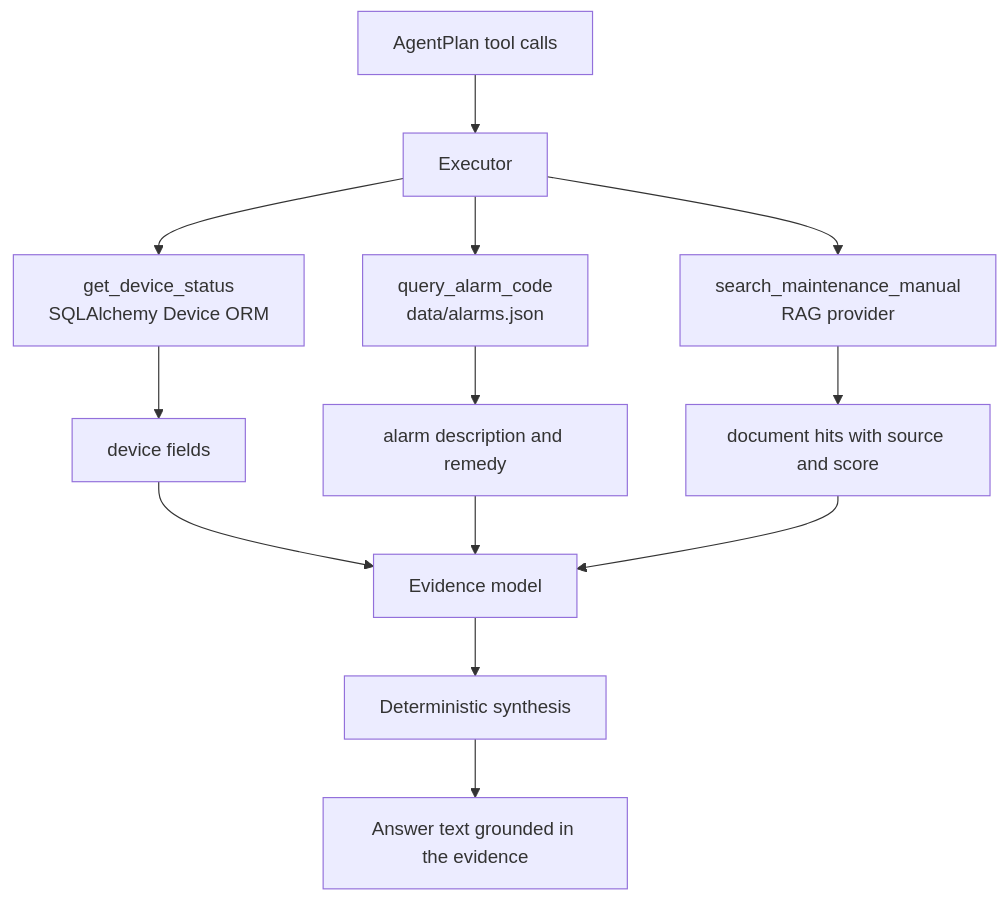
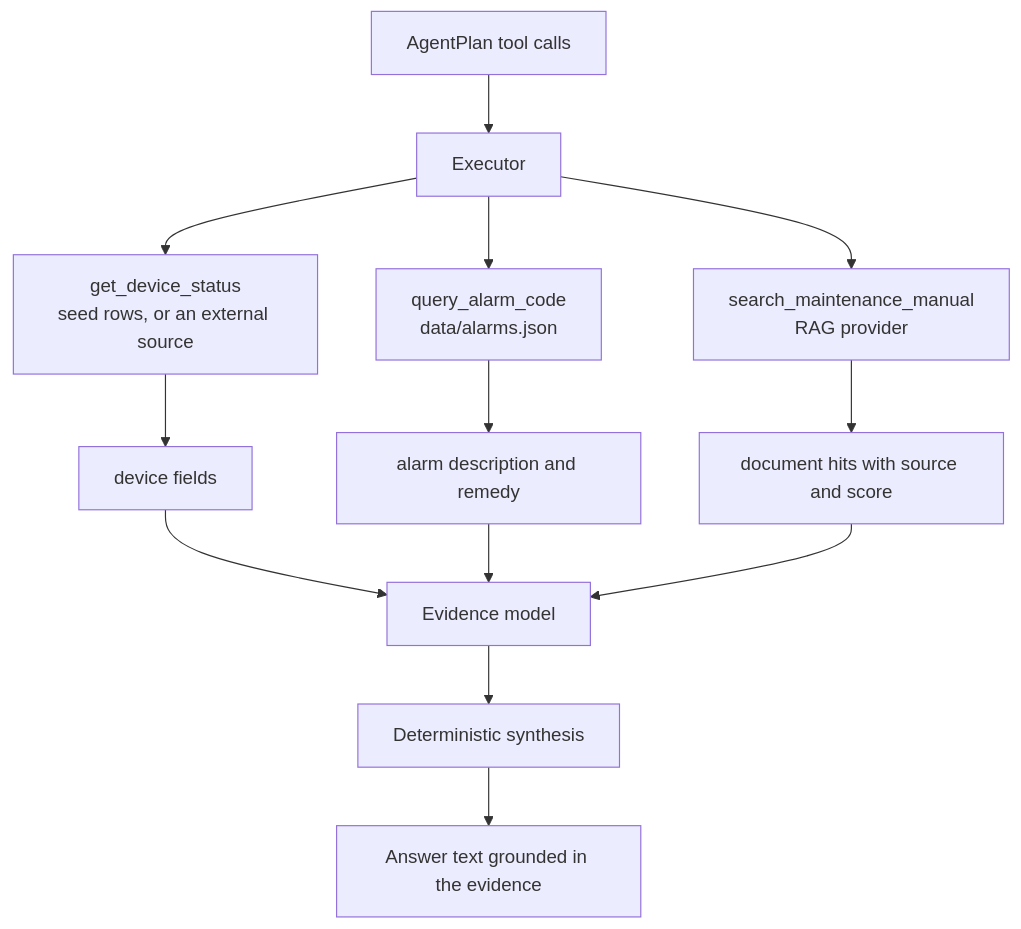
One commit to ten10do/ten10do-industrial-maintenance-agent changed the fourth of 5 diagrams in docs/architecture.md. Above: the diagram before and after it, drawn with Mermaid. The commit also changed other lines of this file and 30 other files, not shown here.

````diff
--- a/docs/architecture.md
+++ b/docs/architecture.md
@@ -162,17 +163,17 @@
 ```mermaid
 flowchart TB
     Plan["AgentPlan tool calls"] --> Exec["Executor"]
-    Exec --> D["get_device_status<br/>SQLAlchemy Device ORM"]
+    Exec --> D["get_device_status<br/>seed rows, or an external source"]
     Exec --> A["query_alarm_code<br/>data/alarms.json"]
     Exec --> M["search_maintenance_manual<br/>RAG provider"]
 
     D --> R1["device fields"]
     A --> R2["alarm description and remedy"]
     M --> R3["document hits with source and score"]
 
     R1 --> Ev["Evidence model"]
     R2 --> Ev
     R3 --> Ev
     Ev --> Syn["Deterministic synthesis"]
     Syn --> Ans["Answer text grounded in the evidence"]
 ```
````
